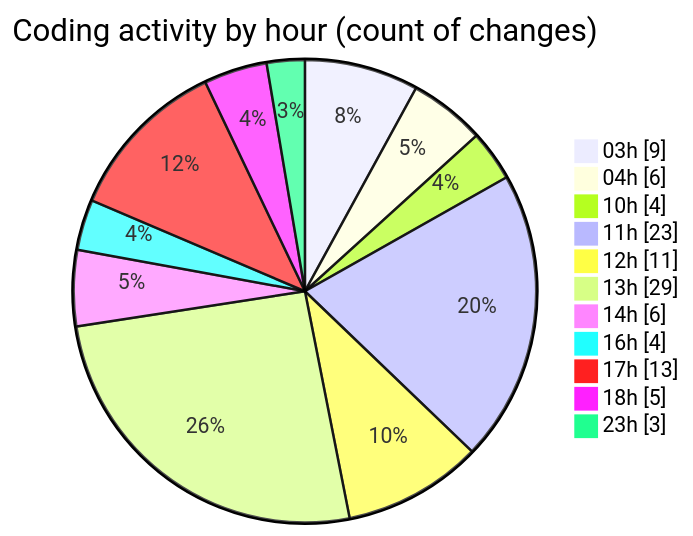
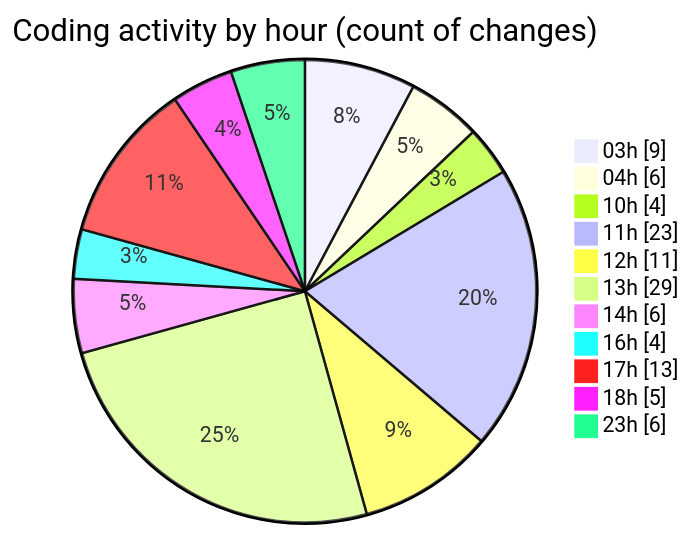
One commit to julien-gomy/code-tracking changed the second of 2 diagrams in 2025-10-30/eventscop-frontend-guide__workspace_/README.md. Above: the diagram before and after it, drawn with Mermaid. The commit also changed other lines of this file and 1 other file, not shown here.

````diff
--- a/2025-10-30/eventscop-frontend-guide__workspace_/README.md
+++ b/2025-10-30/eventscop-frontend-guide__workspace_/README.md
@@ -54,15 +54,15 @@
 ```mermaid
 pie showData
 title Coding activity by hour (count of changes)
 "03h" : 9
 "04h" : 6
 "10h" : 4
 "11h" : 23
 "12h" : 11
 "13h" : 29
 "14h" : 6
 "16h" : 4
 "17h" : 13
 "18h" : 5
-"23h" : 3
+"23h" : 6
 ```
````
